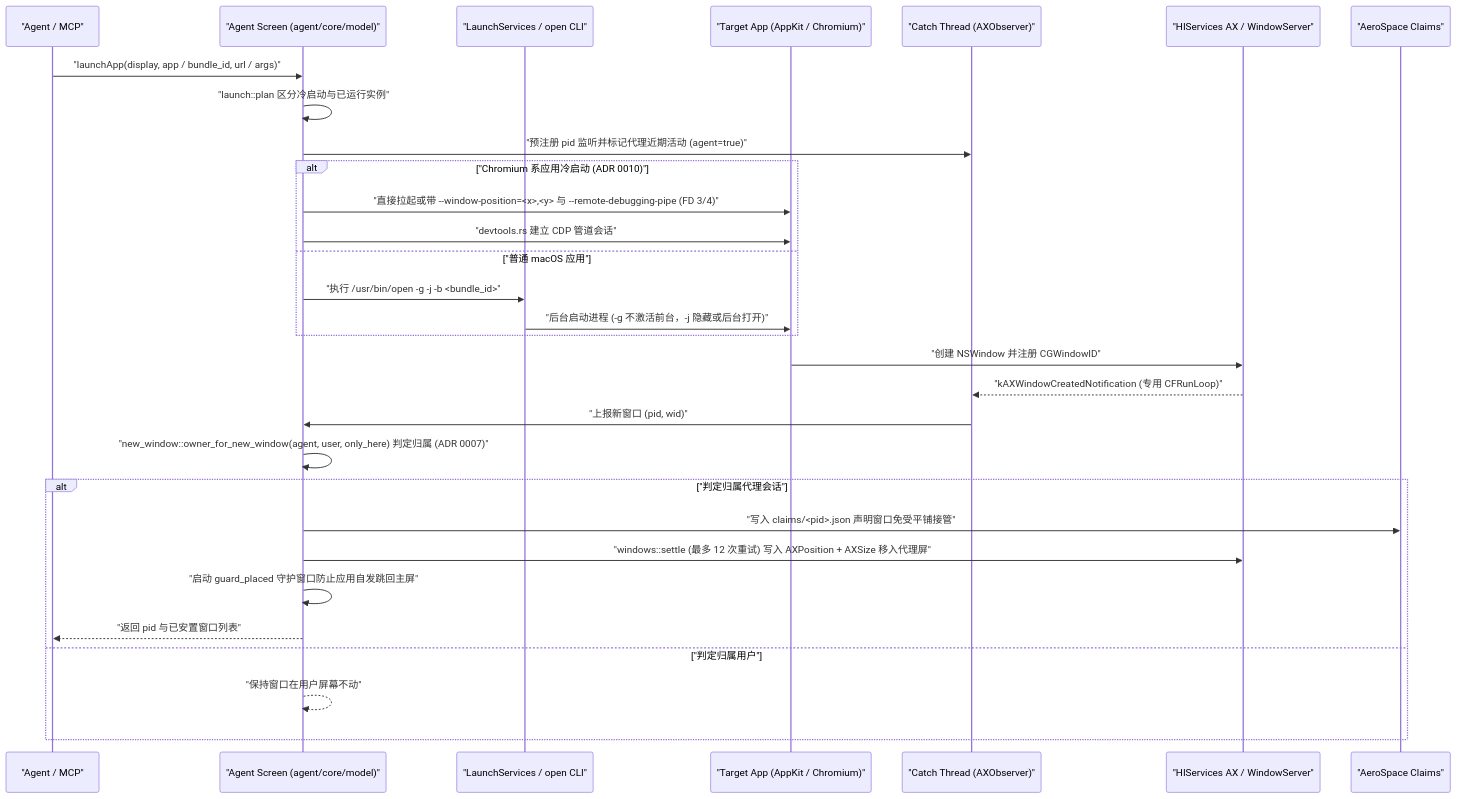
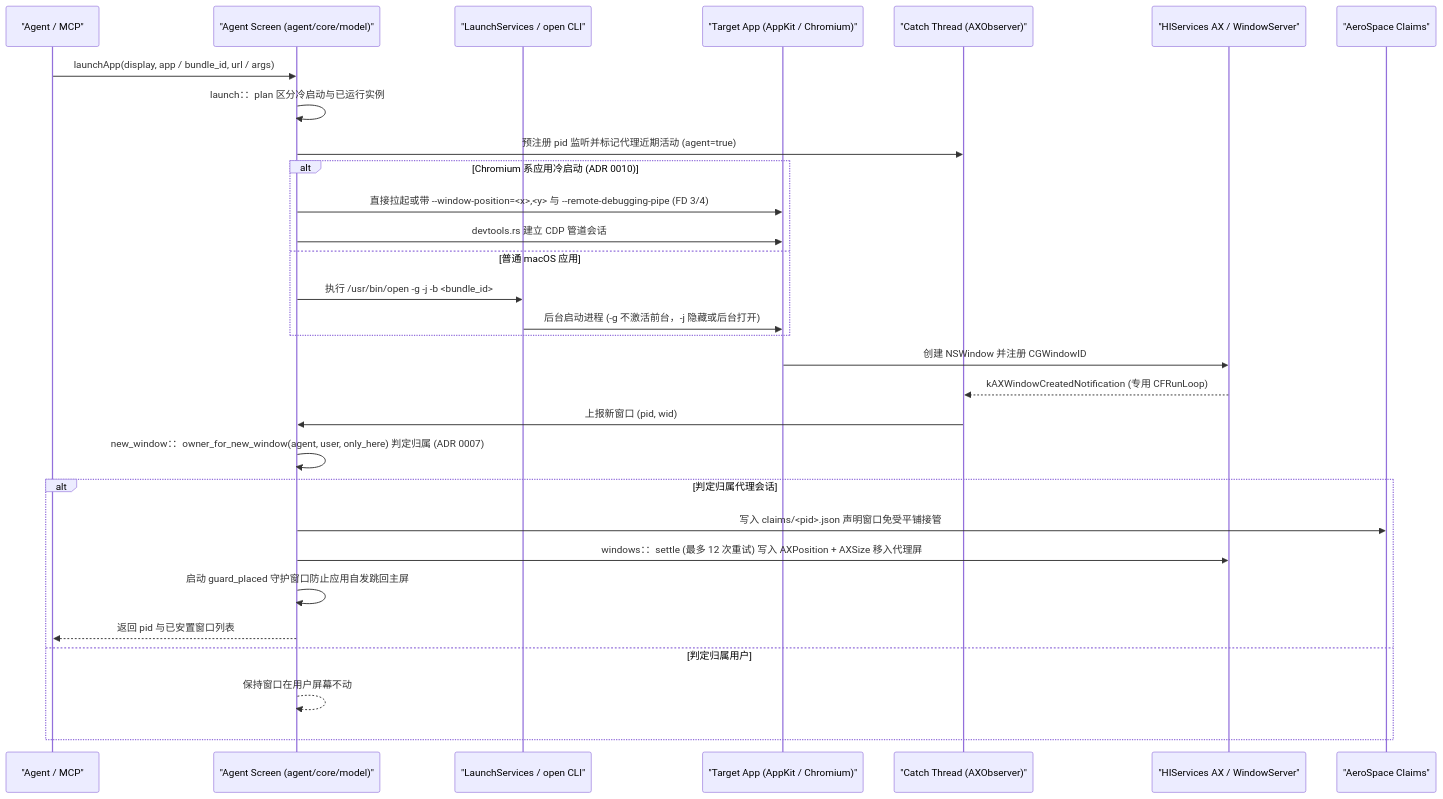
The diagram in docs/flows/03-launch-app-and-new-window.md (Fanzzzd/agent-screen), drawn with Mermaid before and after one commit. The commit also changed 14 other files, not shown here.

Commit message:
The flow maps' Mermaid labels drop quotes, semicolons and inner colons, which stopped four diagrams from rendering

````diff
--- a/docs/flows/03-launch-app-and-new-window.md
+++ b/docs/flows/03-launch-app-and-new-window.md
@@ -7,33 +7,33 @@
 ```mermaid
 sequenceDiagram
     participant MCP as "Agent / MCP"
     participant Ctrl as "Agent Screen (agent/core/model)"
     participant LS as "LaunchServices / open CLI"
     participant Target as "Target App (AppKit / Chromium)"
     participant Catch as "Catch Thread (AXObserver)"
     participant AX as "HIServices AX / WindowServer"
     participant Aero as "AeroSpace Claims"
 
-    MCP->>Ctrl: "launchApp(display, app / bundle_id, url / args)"
-    Ctrl->>Ctrl: "launch::plan 区分冷启动与已运行实例"
-    Ctrl->>Catch: "预注册 pid 监听并标记代理近期活动 (agent=true)"
-    alt "Chromium 系应用冷启动 (ADR 0010)"
-        Ctrl->>Target: "直接拉起或带 --window-position=<x>,<y> 与 --remote-debugging-pipe (FD 3/4)"
-        Ctrl->>Target: "devtools.rs 建立 CDP 管道会话"
-    else "普通 macOS 应用"
-        Ctrl->>LS: "执行 /usr/bin/open -g -j -b <bundle_id>"
-        LS->>Target: "后台启动进程 (-g 不激活前台，-j 隐藏或后台打开)"
+    MCP->>Ctrl : launchApp(display, app / bundle_id, url / args)
+    Ctrl->>Ctrl : launch：：plan 区分冷启动与已运行实例
+    Ctrl->>Catch : 预注册 pid 监听并标记代理近期活动 (agent=true)
+    alt Chromium 系应用冷启动 (ADR 0010)
+        Ctrl->>Target : 直接拉起或带 --window-position=<x>,<y> 与 --remote-debugging-pipe (FD 3/4)
+        Ctrl->>Target : devtools.rs 建立 CDP 管道会话
+    else 普通 macOS 应用
+        Ctrl->>LS : 执行 /usr/bin/open -g -j -b <bundle_id>
+        LS->>Target : 后台启动进程 (-g 不激活前台，-j 隐藏或后台打开)
     end
-    Target->>AX: "创建 NSWindow 并注册 CGWindowID"
-    AX-->>Catch: "kAXWindowCreatedNotification (专用 CFRunLoop)"
-    Catch->>Ctrl: "上报新窗口 (pid, wid)"
-    Ctrl->>Ctrl: "new_window::owner_for_new_window(agent, user, only_here) 判定归属 (ADR 0007)"
-    alt "判定归属代理会话"
-        Ctrl->>Aero: "写入 claims/<pid>.json 声明窗口免受平铺接管"
-        Ctrl->>AX: "windows::settle (最多 12 次重试) 写入 AXPosition + AXSize 移入代理屏"
-        Ctrl->>Ctrl: "启动 guard_placed 守护窗口防止应用自发跳回主屏"
-        Ctrl-->>MCP: "返回 pid 与已安置窗口列表"
-    else "判定归属用户"
-        Ctrl-->>Ctrl: "保持窗口在用户屏幕不动"
+    Target->>AX : 创建 NSWindow 并注册 CGWindowID
+    AX-->>Catch : kAXWindowCreatedNotification (专用 CFRunLoop)
+    Catch->>Ctrl : 上报新窗口 (pid, wid)
+    Ctrl->>Ctrl : new_window：：owner_for_new_window(agent, user, only_here) 判定归属 (ADR 0007)
+    alt 判定归属代理会话
+        Ctrl->>Aero : 写入 claims/<pid>.json 声明窗口免受平铺接管
+        Ctrl->>AX : windows：：settle (最多 12 次重试) 写入 AXPosition + AXSize 移入代理屏
+        Ctrl->>Ctrl : 启动 guard_placed 守护窗口防止应用自发跳回主屏
+        Ctrl-->>MCP : 返回 pid 与已安置窗口列表
+    else 判定归属用户
+        Ctrl-->>Ctrl : 保持窗口在用户屏幕不动
     end
 ```
````
